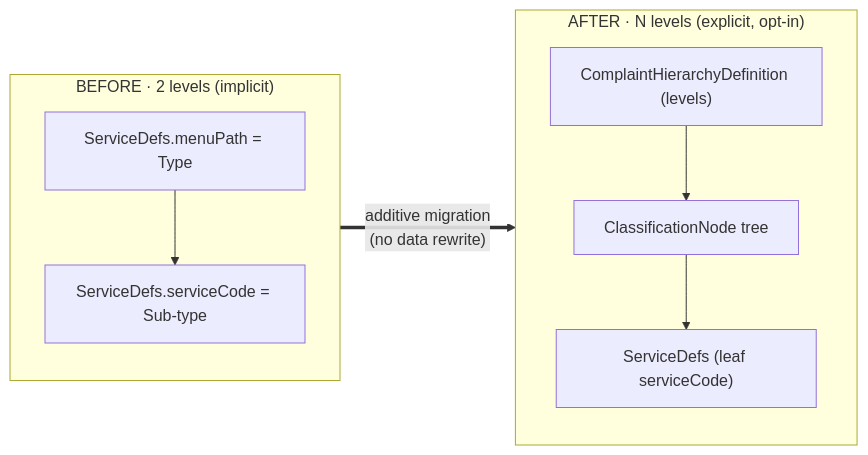
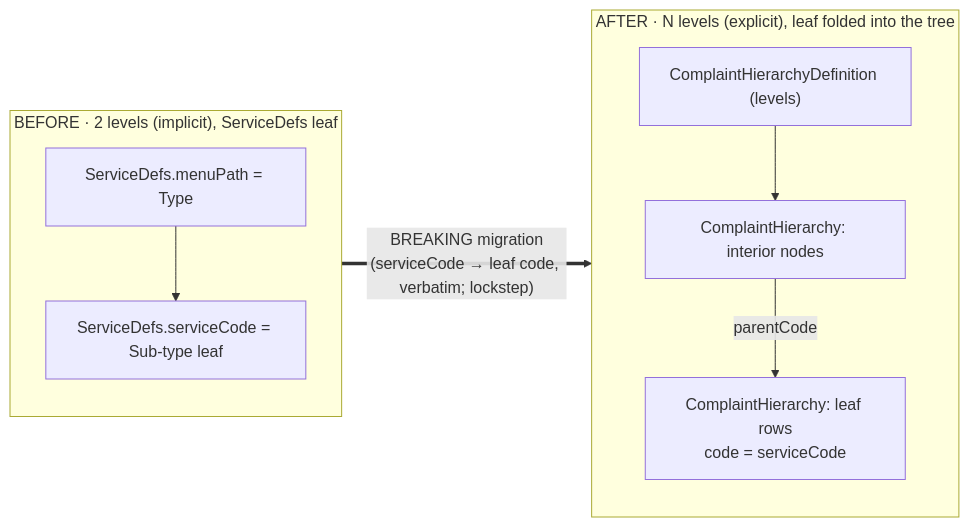
Before and after one commit to egovernments/Citizen-Complaint-Resolution-System: the fifth of 5 diagrams in docs/complaint-hierarchy-feature.md, drawn with Mermaid. The commit also changed other lines of this file and 2 other files, not shown here.

Commit message:
docs: complaint hierarchy feature + design + rework plan

````diff
--- a/docs/complaint-hierarchy-feature.md
+++ b/docs/complaint-hierarchy-feature.md
@@ -149,11 +170,11 @@
 ```mermaid
 flowchart LR
-  subgraph OLD["BEFORE · 2 levels (implicit)"]
-    O1["ServiceDefs.menuPath = Type"] --> O2["ServiceDefs.serviceCode = Sub‑type"]
+  subgraph OLD["BEFORE · 2 levels (implicit), ServiceDefs leaf"]
+    O1["ServiceDefs.menuPath = Type"] --> O2["ServiceDefs.serviceCode = Sub‑type leaf"]
   end
-  subgraph NEW["AFTER · N levels (explicit, opt‑in)"]
-    N1["ComplaintHierarchyDefinition (levels)"] --> N2["ClassificationNode tree"]
-    N2 --> N3["ServiceDefs (leaf serviceCode)"]
+  subgraph NEW["AFTER · N levels (explicit), leaf folded into the tree"]
+    N1["ComplaintHierarchyDefinition (levels)"] --> N2["ComplaintHierarchy: interior nodes"]
+    N2 -->|parentCode| N3["ComplaintHierarchy: leaf rows<br/>code = serviceCode"]
   end
-  OLD ==>|"additive migration<br/>(no data rewrite)"| NEW
+  OLD ==>|"BREAKING migration<br/>(serviceCode → leaf code, verbatim; lockstep)"| NEW
 ```
````
